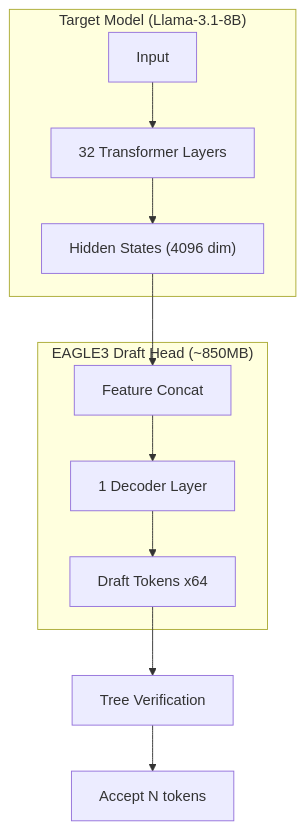
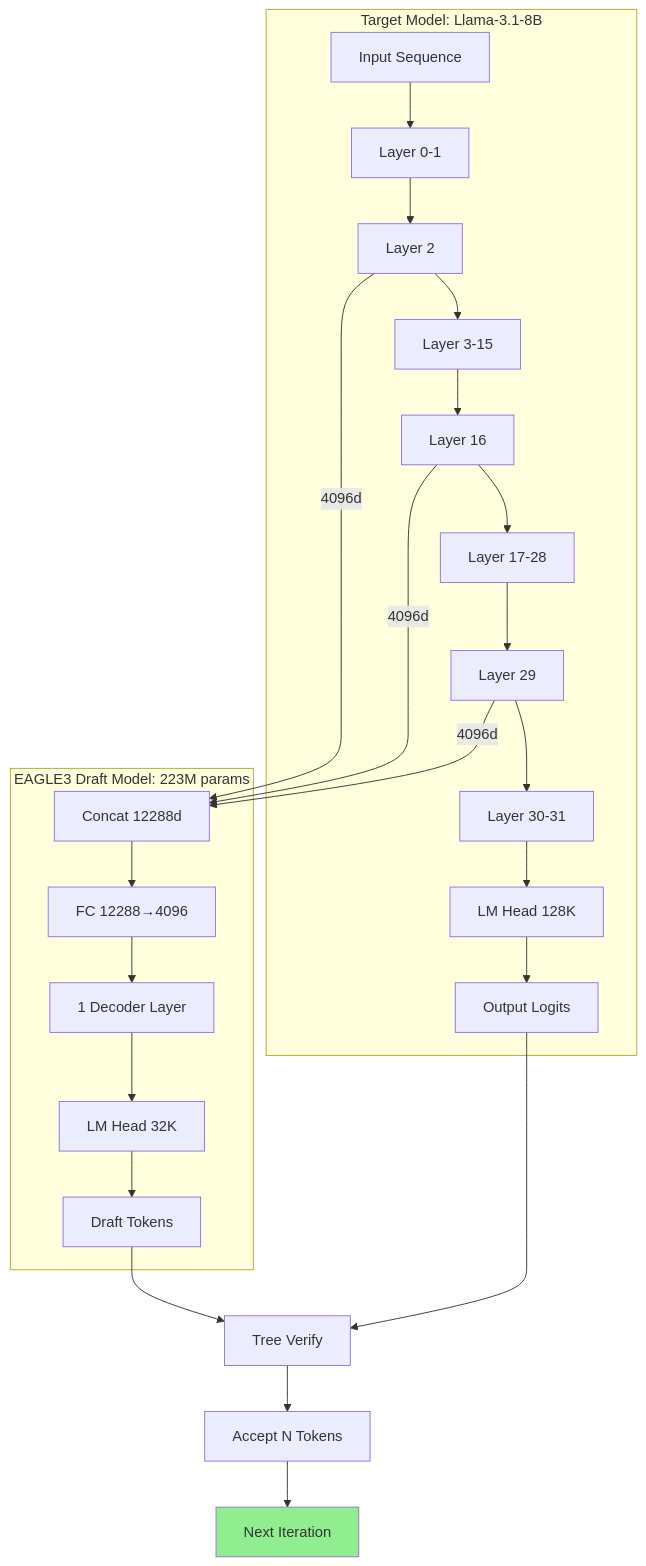
The second of 2 diagrams in Deep-Learning/Speculative-Decoding-EAGLE3/README.md (david-xinyuwei/david-share), drawn with Mermaid before and after one commit. The commit also changed other lines of this file and 9 other files, not shown here.

````diff
--- a/Deep-Learning/Speculative-Decoding-EAGLE3/README.md
+++ b/Deep-Learning/Speculative-Decoding-EAGLE3/README.md
@@ -47,15 +47,31 @@
 ```mermaid
 flowchart TB
-    subgraph TargetModel["Target Model (Llama-3.1-8B)"]
-        TI["Input"] --> TL["32 Transformer Layers"]
-        TL --> HS["Hidden States (4096 dim)"]
+    subgraph Target["Target Model: Llama-3.1-8B"]
+        IN[Input Sequence] --> L0[Layer 0-1]
+        L0 --> L2[Layer 2]
+        L2 --> L3[Layer 3-15]
+        L3 --> L16[Layer 16]
+        L16 --> L17[Layer 17-28]
+        L17 --> L29[Layer 29]
+        L29 --> L30[Layer 30-31]
+        L30 --> TLMH[LM Head 128K]
+        TLMH --> OUT[Output Logits]
     end
-    
-    subgraph DraftModel["EAGLE3 Draft Head (~850MB)"]
-        HS --> FC["Feature Concat"]
-        FC --> DL["1 Decoder Layer"]
-        DL --> DT["Draft Tokens x64"]
+
+    subgraph Draft["EAGLE3 Draft Model: 223M params"]
+        L2 -->|4096d| CAT[Concat 12288d]
+        L16 -->|4096d| CAT
+        L29 -->|4096d| CAT
+        CAT --> FC[FC 12288→4096]
+        FC --> DEC[1 Decoder Layer]
+        DEC --> DLMH[LM Head 32K]
+        DLMH --> DRAFT[Draft Tokens]
     end
-    
-    DT --> V["Tree Verification"] --> Accept["Accept N tokens"]
+
+    DRAFT --> VER[Tree Verify]
+    OUT --> VER
+    VER --> ACC[Accept N Tokens]
+    ACC --> NEXT[Next Iteration]
+
+    style NEXT fill:#90EE90
 ```
````
